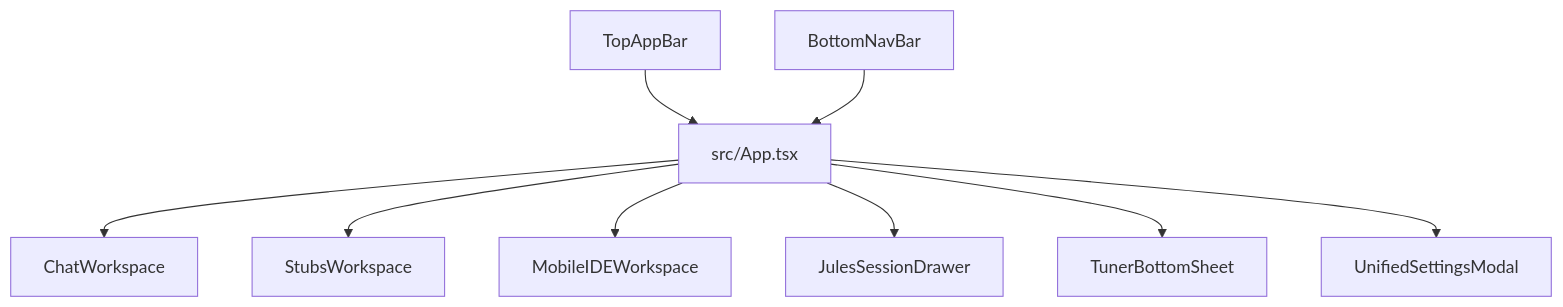
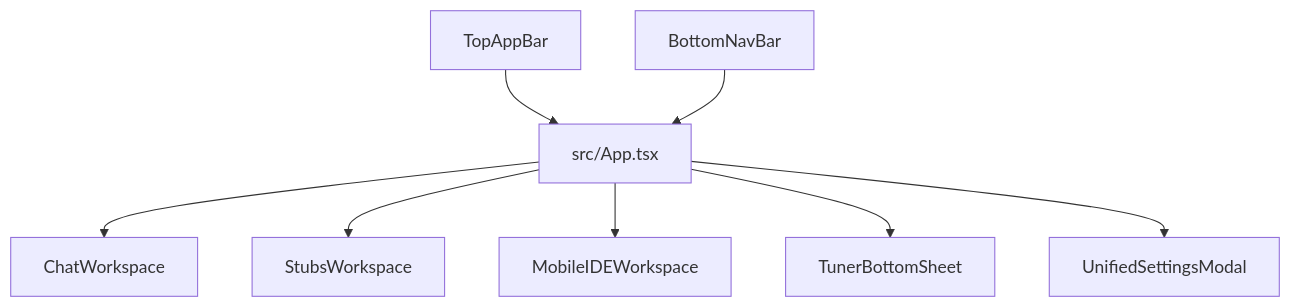
The diagram in knowledge/architecture/domains/workspaces-domain-map.md (BicycleButler/ai-studio-mobile), drawn with Mermaid before and after one commit. The commit also changed other lines of this file and 46 other files, not shown here.

````diff
--- a/knowledge/architecture/domains/workspaces-domain-map.md
+++ b/knowledge/architecture/domains/workspaces-domain-map.md
@@ -55,12 +53,11 @@
 ```mermaid
 flowchart TD
   App[src/App.tsx]
   TopAppBar[TopAppBar] --> App
   BottomNavBar[BottomNavBar] --> App
   App --> Chat[ChatWorkspace]
   App --> Stubs[StubsWorkspace]
   App --> MobileIDE[MobileIDEWorkspace]
-  App --> JulesSessionDrawer[JulesSessionDrawer]
   App --> Tuner[TunerBottomSheet]
   App --> Settings[UnifiedSettingsModal]
 ```
````
